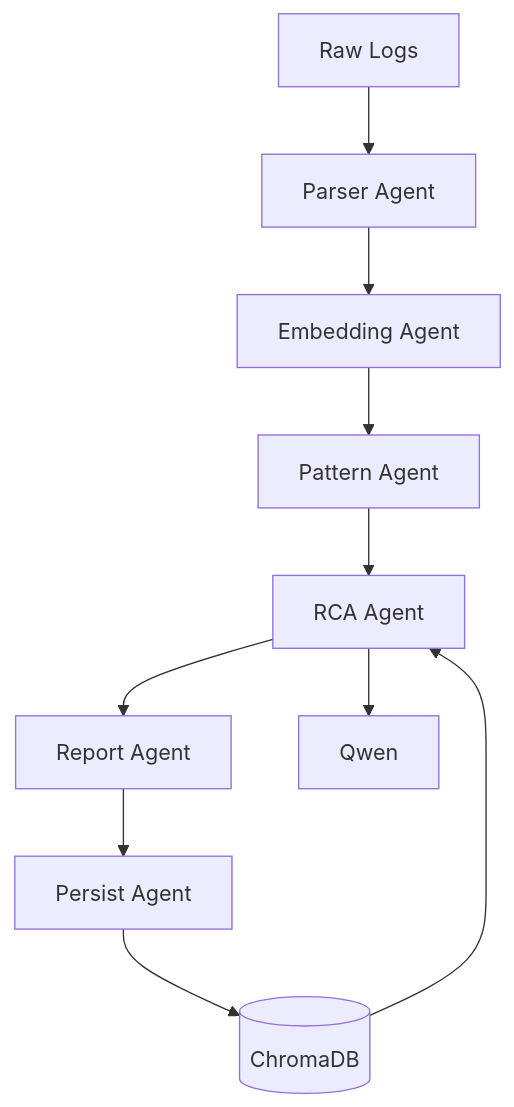
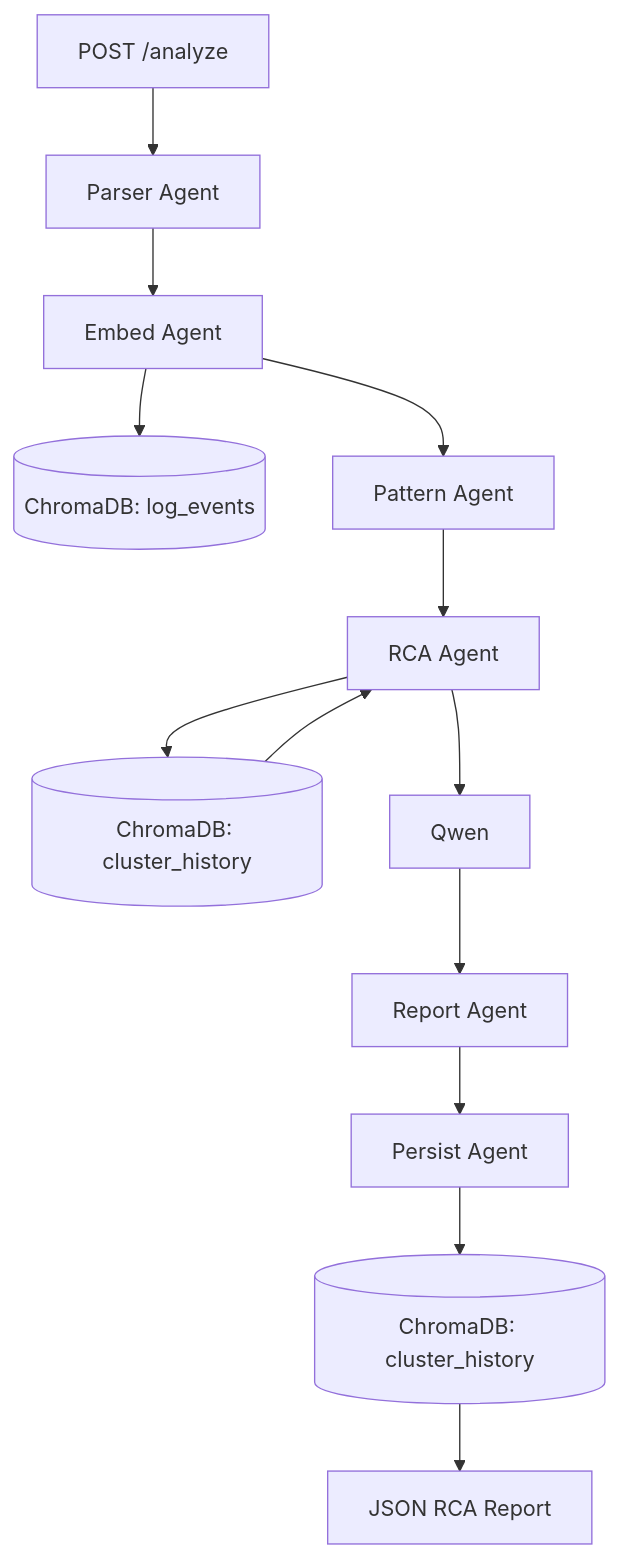
The diagram in README.md (TheoBrln4/logmind), drawn with Mermaid before and after one commit.

````diff
--- a/README.md
+++ b/README.md
@@ -28,22 +28,28 @@
 ```mermaid
 graph TD
 
-A[Raw Logs]
+A[POST /analyze]
 --> B[Parser Agent]
 
-B --> C[Embedding Agent]
+B --> C[Embed Agent]
 
-C --> D[Pattern Agent]
+C --> D[(ChromaDB: log_events)]
 
-D --> E[RCA Agent]
+C --> E[Pattern Agent]
 
-E --> F[Report Agent]
+E --> F[RCA Agent]
 
-F --> G[Persist Agent]
+F --> G[(ChromaDB: cluster_history)]
 
-G --> H[(ChromaDB)]
+G --> F
 
-H --> E
+F --> H[Qwen]
 
-E --> I[Qwen]
+H --> I[Report Agent]
+
+I --> J[Persist Agent]
+
+J --> K[(ChromaDB: cluster_history)]
+
+K --> L[JSON RCA Report]
 ```
````
